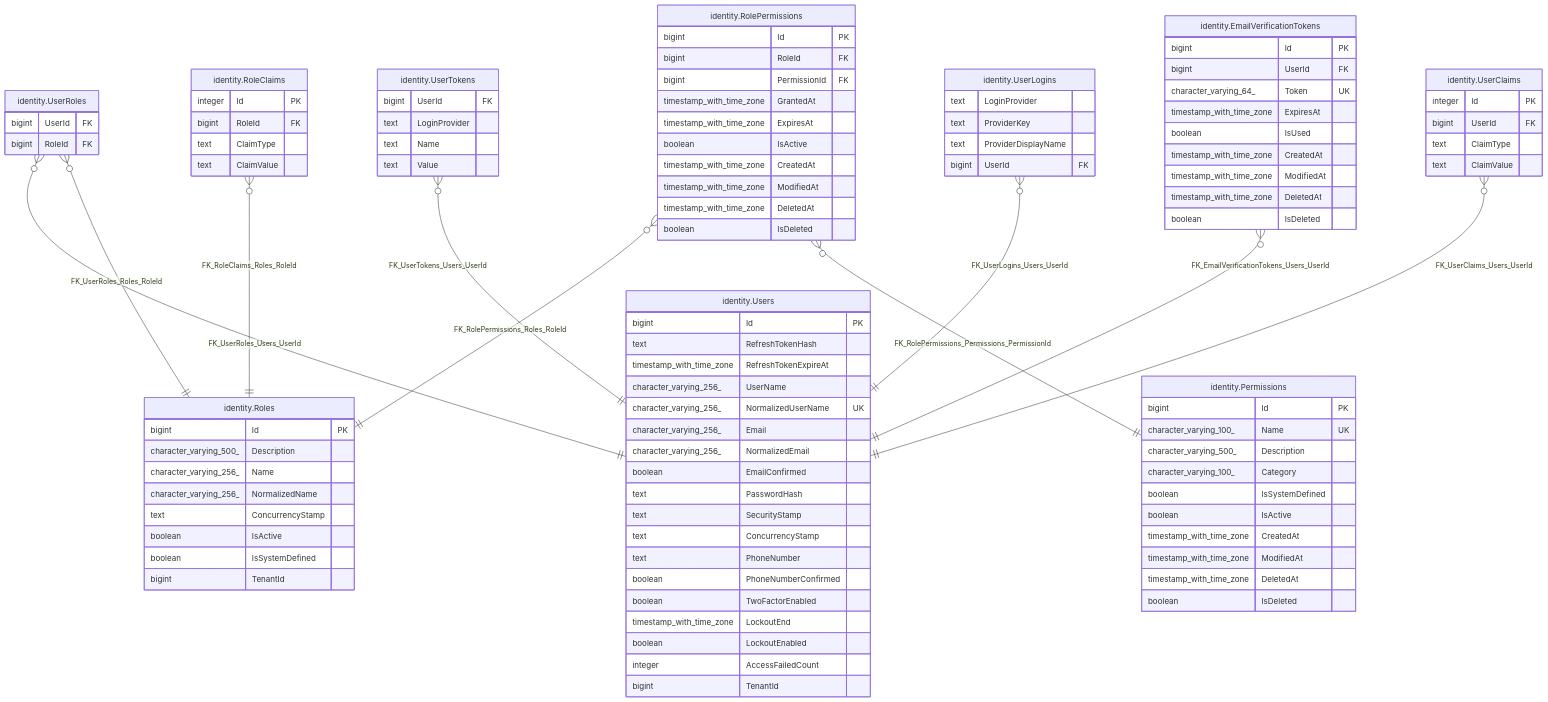
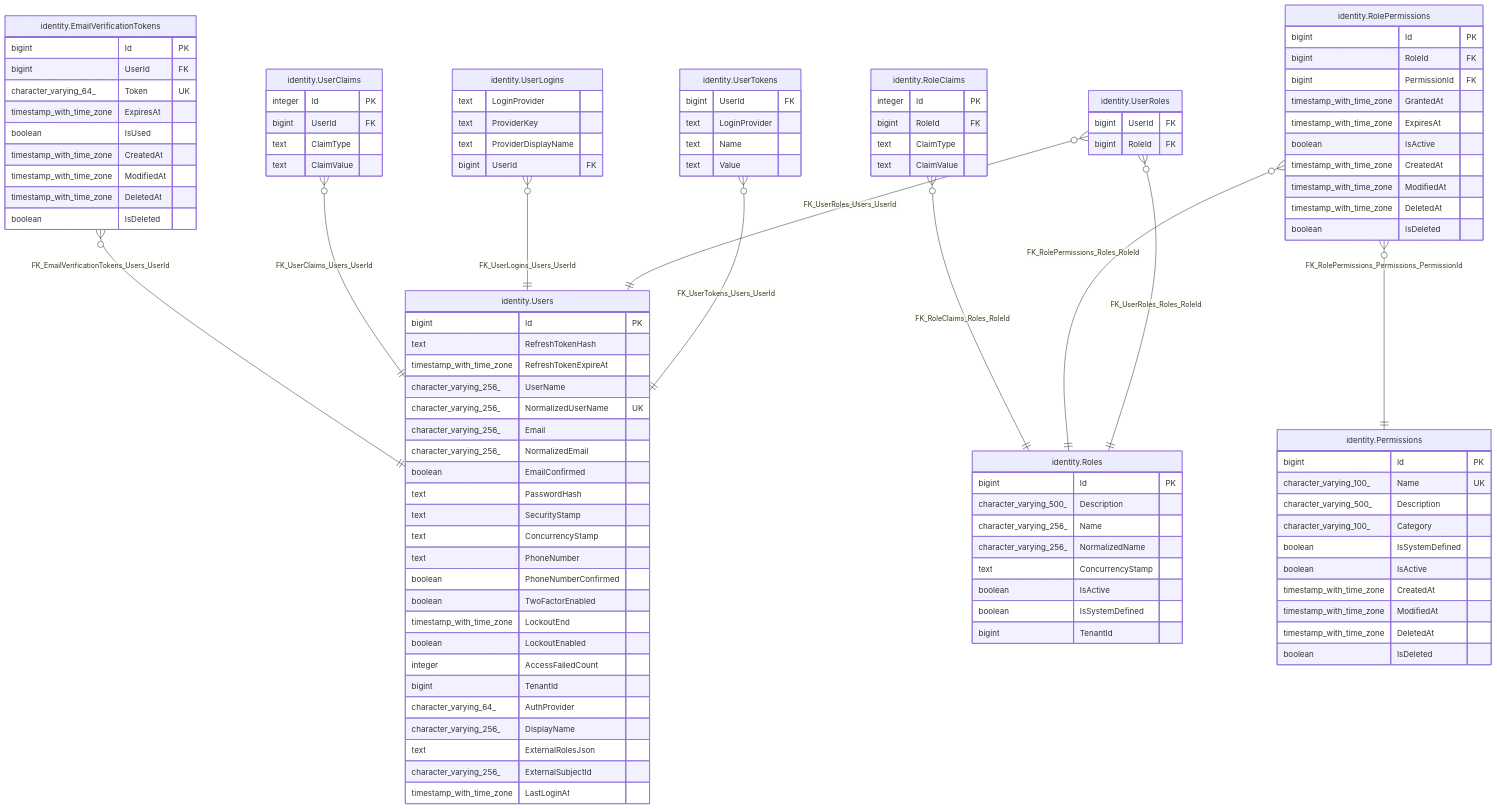
One commit to zqf20096327/dbhub_collect changed the second of 2 diagrams in data/readmes/endatix__endatix.md. Above: the diagram before and after it, drawn with Mermaid. The commit also changed other lines of this file and 1757 other files, not shown here.

````diff
--- a/data/readmes/endatix__endatix.md
+++ b/data/readmes/endatix__endatix.md
@@ -353,21 +413,5 @@
 ```mermaid
 erDiagram
-    "identity.RoleClaims" {
-        integer Id PK
-        bigint RoleId FK
-        text ClaimType
-        text ClaimValue
-    }
-    "identity.RoleClaims" }o--|| "identity.Roles" : FK_RoleClaims_Roles_RoleId
-
-    "identity.UserClaims" {
-        integer Id PK
-        bigint UserId FK
-        text ClaimType
-        text ClaimValue
-    }
-    "identity.UserClaims" }o--|| "identity.Users" : FK_UserClaims_Users_UserId
-
     "identity.EmailVerificationTokens" {
         bigint Id PK
         bigint UserId FK
@@ -394,6 +438,14 @@
         boolean IsDeleted
     }
 
+    "identity.RoleClaims" {
+        integer Id PK
+        bigint RoleId FK
+        text ClaimType
+        text ClaimValue
+    }
+    "identity.RoleClaims" }o--|| "identity.Roles" : FK_RoleClaims_Roles_RoleId
+
     "identity.RolePermissions" {
         bigint Id PK
         bigint RoleId FK
@@ -419,6 +471,14 @@
         boolean IsSystemDefined
         bigint TenantId
     }
+
+    "identity.UserClaims" {
+        integer Id PK
+        bigint UserId FK
+        text ClaimType
+        text ClaimValue
+    }
+    "identity.UserClaims" }o--|| "identity.Users" : FK_UserClaims_Users_UserId
 
     "identity.UserLogins" {
         text LoginProvider
@@ -462,7 +522,10 @@
         boolean LockoutEnabled
         integer AccessFailedCount
         bigint TenantId
+        character_varying_64_ AuthProvider
+        character_varying_256_ DisplayName
+        text ExternalRolesJson
+        character_varying_256_ ExternalSubjectId
+        timestamp_with_time_zone LastLoginAt
     }
-
-
 ```
````
